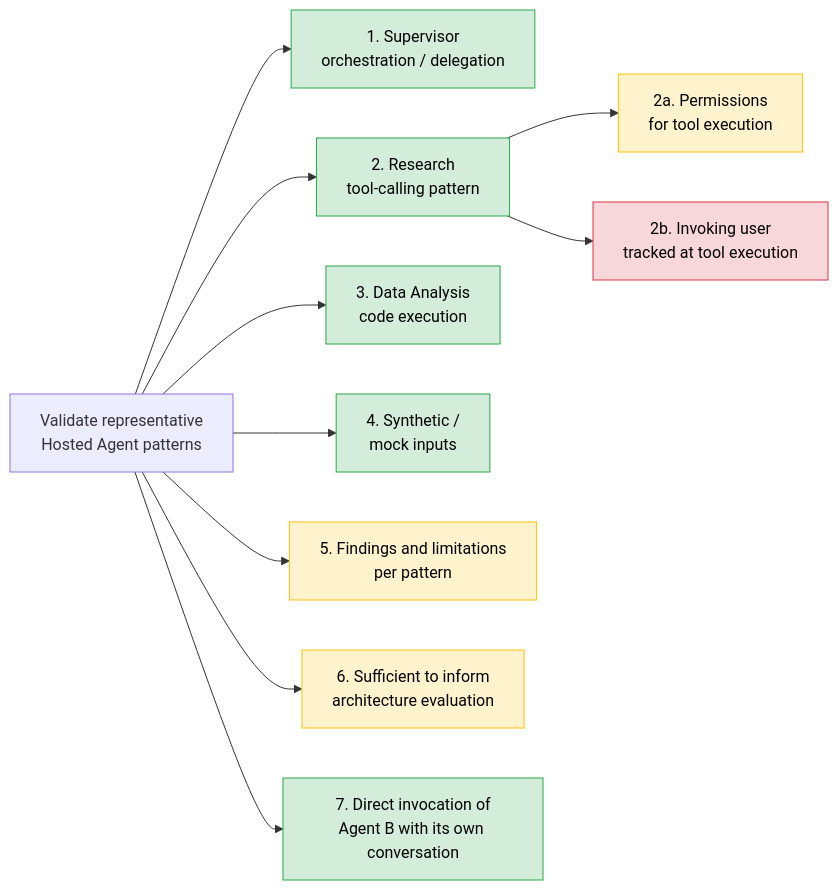
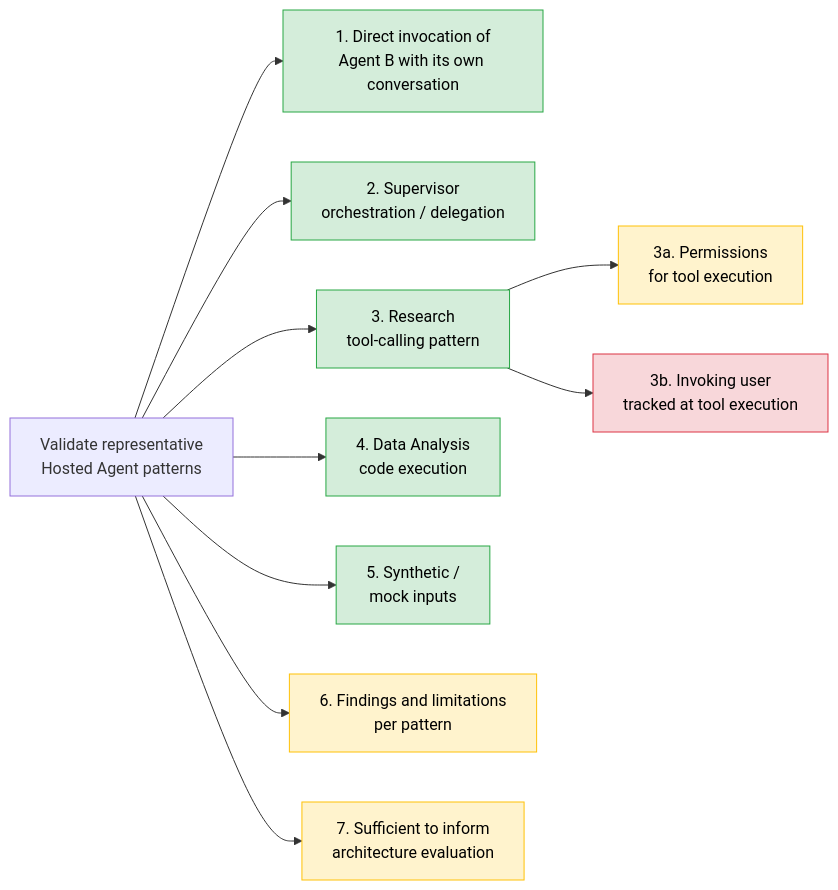
One commit to wxifaras/hosted-agents-poc changed the diagram in docs/issue-4-validate-representative-hosted-agent-patterns.md. Above: the diagram before and after it, drawn with Mermaid. The commit also changed other lines of this file and 1 other file, not shown here.

````diff
--- a/docs/issue-4-validate-representative-hosted-agent-patterns.md
+++ b/docs/issue-4-validate-representative-hosted-agent-patterns.md
@@ -22,18 +29,18 @@
 ```mermaid
 flowchart LR
     S4["Validate representative<br/>Hosted Agent patterns"]
 
-    S4 --> R1["1. Supervisor<br/>orchestration / delegation"]:::ok
-    S4 --> R2["2. Research<br/>tool-calling pattern"]:::ok
-    R2 --> R2a["2a. Permissions<br/>for tool execution"]:::partial
-    R2 --> R2b["2b. Invoking user<br/>tracked at tool execution"]:::gap
-    S4 --> R3["3. Data Analysis<br/>code execution"]:::ok
-    S4 --> R4["4. Synthetic /<br/>mock inputs"]:::ok
-    S4 --> R5["5. Findings and limitations<br/>per pattern"]:::partial
-    S4 --> R6["6. Sufficient to inform<br/>architecture evaluation"]:::partial
-    S4 --> R7["7. Direct invocation of<br/>Agent B with its own conversation"]:::ok
+    S4 --> R1["1. Direct invocation of<br/>Agent B with its own conversation"]:::ok
+    S4 --> R2["2. Supervisor<br/>orchestration / delegation"]:::ok
+    S4 --> R3["3. Research<br/>tool-calling pattern"]:::ok
+    R3 --> R3a["3a. Permissions<br/>for tool execution"]:::partial
+    R3 --> R3b["3b. Invoking user<br/>tracked at tool execution"]:::gap
+    S4 --> R4["4. Data Analysis<br/>code execution"]:::ok
+    S4 --> R5["5. Synthetic /<br/>mock inputs"]:::ok
+    S4 --> R6["6. Findings and limitations<br/>per pattern"]:::partial
+    S4 --> R7["7. Sufficient to inform<br/>architecture evaluation"]:::partial
 
     classDef ok fill:#d4edda,stroke:#28a745,color:#000
     classDef partial fill:#fff3cd,stroke:#ffc107,color:#000
     classDef gap fill:#f8d7da,stroke:#dc3545,color:#000
 ```
````
